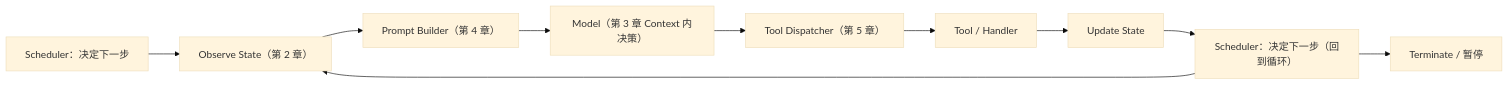
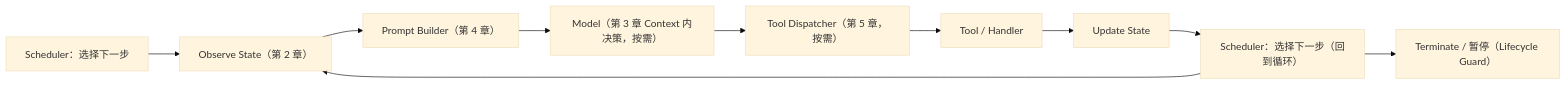
The second of 4 diagrams in docs/02-agent-runtime/ch06-runtime-scheduler.md (AnRun-M/enterprise-ai-agent-handbook), drawn with Mermaid (base theme) before and after one commit. The commit also changed other lines of this file and 1 other file, not shown here.

````diff
--- a/docs/02-agent-runtime/ch06-runtime-scheduler.md
+++ b/docs/02-agent-runtime/ch06-runtime-scheduler.md
@@ -106,12 +127,12 @@
 ```mermaid
 flowchart LR
-    S1["Scheduler：决定下一步"] --> O["Observe State（第 2 章）"]
+    S1["Scheduler：选择下一步"] --> O["Observe State（第 2 章）"]
     O --> B["Prompt Builder（第 4 章）"]
-    B --> M["Model（第 3 章 Context 内决策）"]
-    M --> D["Tool Dispatcher（第 5 章）"]
+    B --> M["Model（第 3 章 Context 内决策，按需）"]
+    M --> D["Tool Dispatcher（第 5 章，按需）"]
     D --> T["Tool / Handler"]
     T --> U["Update State"]
-    U --> S2["Scheduler：决定下一步（回到循环）"]
+    U --> S2["Scheduler：选择下一步（回到循环）"]
     S2 --> O
-    S2 --> TERM["Terminate / 暂停"]
+    S2 --> TERM["Terminate / 暂停（Lifecycle Guard）"]
 ```
````
